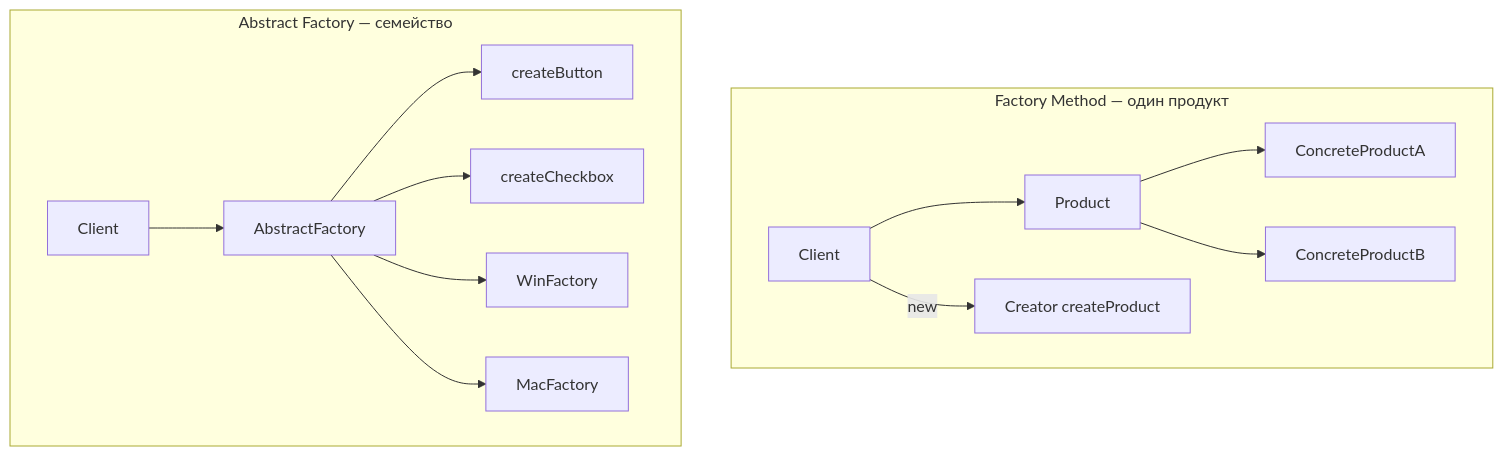
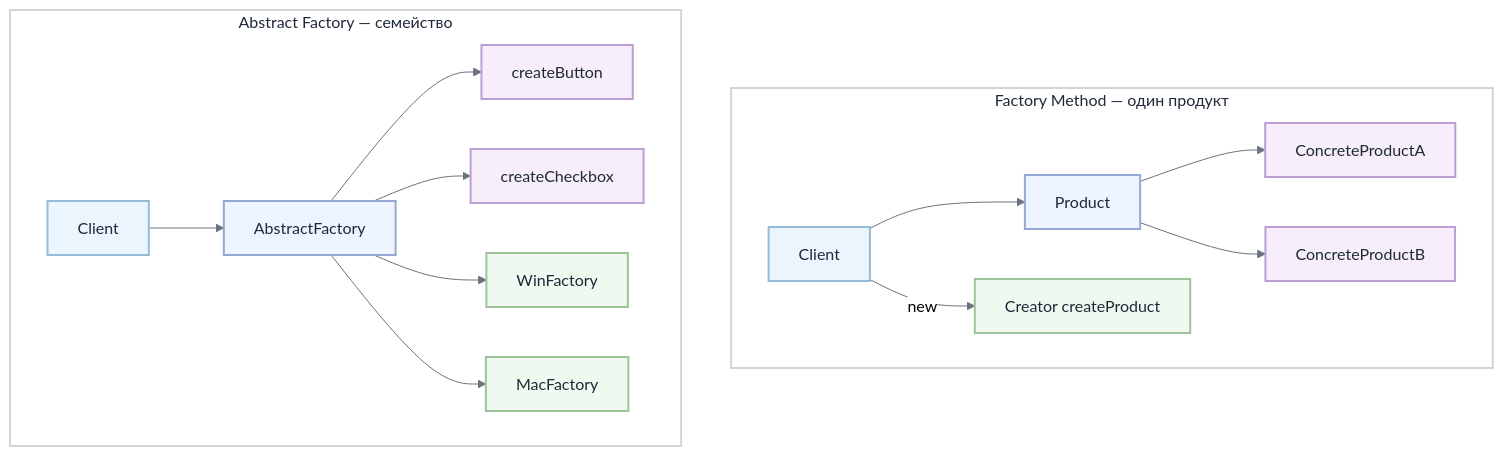
Before and after one commit to MishaSytch/middle_java_back: the seventh of 16 diagrams in docs/interview/design-patterns.md, drawn with Mermaid. The commit also changed other lines of this file and 15 other files, not shown here.

````diff
--- a/docs/interview/design-patterns.md
+++ b/docs/interview/design-patterns.md
@@ -140,16 +224,39 @@
 ```mermaid
+%%{init: { 'theme': 'neutral', 'themeVariables': { 'primaryColor': '#ffffff', 'primaryTextColor': '#1f2937', 'lineColor': '#6b7280', 'primaryBorderColor': '#d1d5db', 'secondaryColor': '#f3f4f6', 'tertiaryColor': '#e5e7eb' } } }%%
 flowchart TB
     subgraph FM[Factory Method — один продукт]
         C[Client] --> A[Product]
         A --> A1[ConcreteProductA]
         A --> A2[ConcreteProductB]
         C -->|new| M[Creator createProduct]
     end
     subgraph AF[Abstract Factory — семейство]
         AC[Client] --> AFa[AbstractFactory]
         AFa --> F1[createButton]
         AFa --> F2[createCheckbox]
         AFa --> CF1[WinFactory]
         AFa --> CF2[MacFactory]
     end
+    classDef n0 fill:#eaf5fd,stroke:#94bcd8,stroke-width:2px,color:#1f2937
+    classDef n1 fill:#eef4ff,stroke:#93a8d4,stroke-width:2px,color:#1f2937
+    classDef n2 fill:#f6eefa,stroke:#bb9ed4,stroke-width:2px,color:#1f2937
+    classDef n3 fill:#f0f9ef,stroke:#9dc49a,stroke-width:2px,color:#1f2937
+    classDef n4 fill:#eaf5fd,stroke:#94bcd8,stroke-width:2px,color:#1f2937
+    classDef n5 fill:#eef4ff,stroke:#93a8d4,stroke-width:2px,color:#1f2937
+    classDef n6 fill:#f6eefa,stroke:#bb9ed4,stroke-width:2px,color:#1f2937
+    classDef n7 fill:#f0f9ef,stroke:#9dc49a,stroke-width:2px,color:#1f2937
+    classDef n8 fill:#ffffff,stroke:#d1d5db,stroke-width:2px,color:#1f2937
+    class C n0
+    class A n1
+    class A1 n2
+    class A2 n2
+    class M n3
+    class FM n8
+    class AC n4
+    class AFa n5
+    class F1 n6
+    class F2 n6
+    class CF1 n7
+    class CF2 n7
+    class AF n8
 ```
````
